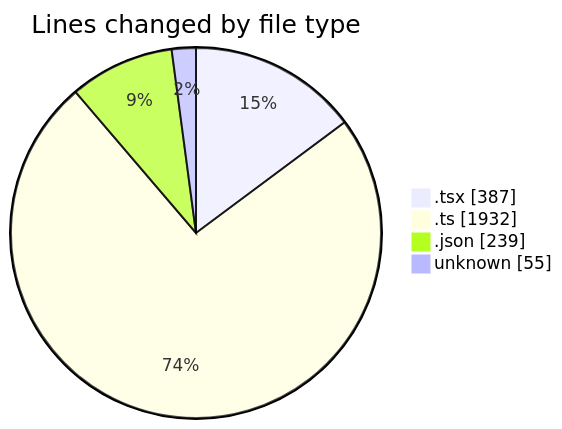
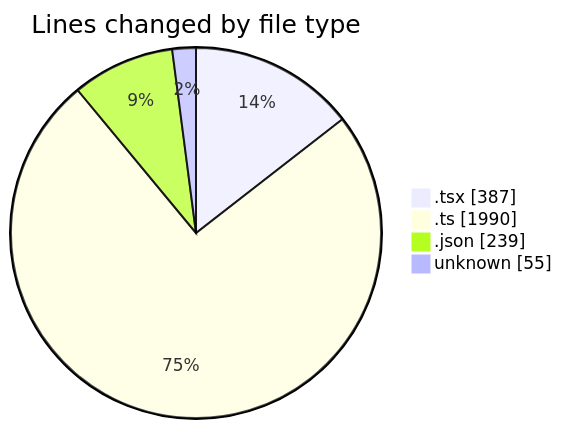
One commit to momahboobian/code-tracking changed the first of 2 diagrams in 2025-10-21/cda/README.md. Above: the diagram before and after it, drawn with Mermaid. The commit also changed other lines of this file and 1 other file, not shown here.

````diff
--- a/2025-10-21/cda/README.md
+++ b/2025-10-21/cda/README.md
@@ -32,8 +33,8 @@
 ```mermaid
 pie showData
 title Lines changed by file type
 ".tsx" : 387
-".ts" : 1932
+".ts" : 1990
 ".json" : 239
 "unknown" : 55
 ```
````
